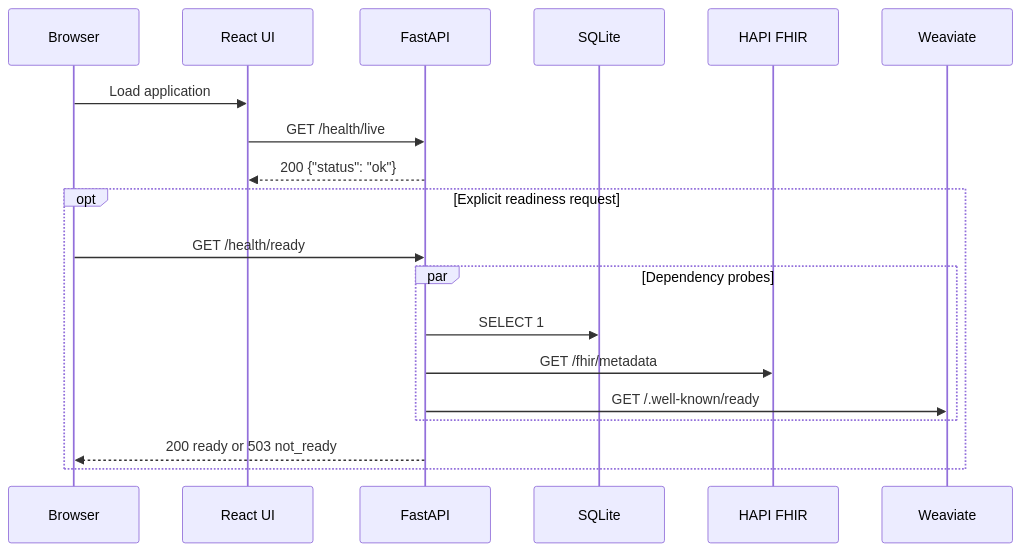
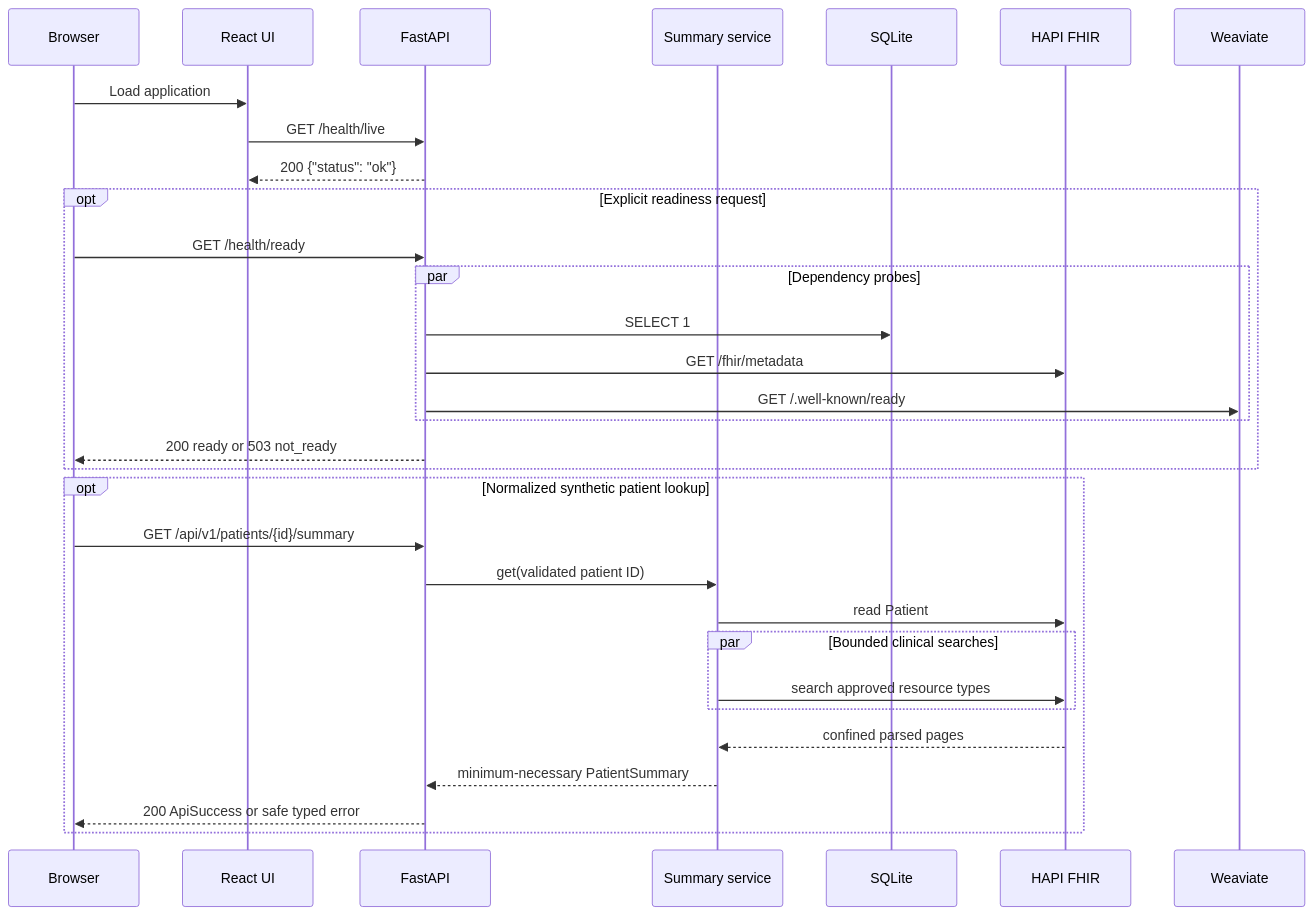
One commit to sanket-nawghare/langchain-poc changed the third of 4 diagrams in docs/ARCHITECTURE.md. Above: the diagram before and after it, drawn with Mermaid. The commit also changed other lines of this file and 8 other files, not shown here.

````diff
--- a/docs/ARCHITECTURE.md
+++ b/docs/ARCHITECTURE.md
@@ -79,23 +87,36 @@
 ```mermaid
 sequenceDiagram
     participant Browser
     participant UI as React UI
     participant API as FastAPI
+    participant Summary as Summary service
     participant DB as SQLite
     participant FHIR as HAPI FHIR
     participant Vector as Weaviate
 
     Browser->>UI: Load application
     UI->>API: GET /health/live
     API-->>UI: 200 {"status": "ok"}
 
     opt Explicit readiness request
         Browser->>API: GET /health/ready
         par Dependency probes
             API->>DB: SELECT 1
             API->>FHIR: GET /fhir/metadata
             API->>Vector: GET /.well-known/ready
         end
         API-->>Browser: 200 ready or 503 not_ready
     end
+
+    opt Normalized synthetic patient lookup
+        Browser->>API: GET /api/v1/patients/{id}/summary
+        API->>Summary: get(validated patient ID)
+        Summary->>FHIR: read Patient
+        par Bounded clinical searches
+            Summary->>FHIR: search approved resource types
+        end
+        FHIR-->>Summary: confined parsed pages
+        Summary-->>API: minimum-necessary PatientSummary
+        API-->>Browser: 200 ApiSuccess or safe typed error
+    end
 ```
````
